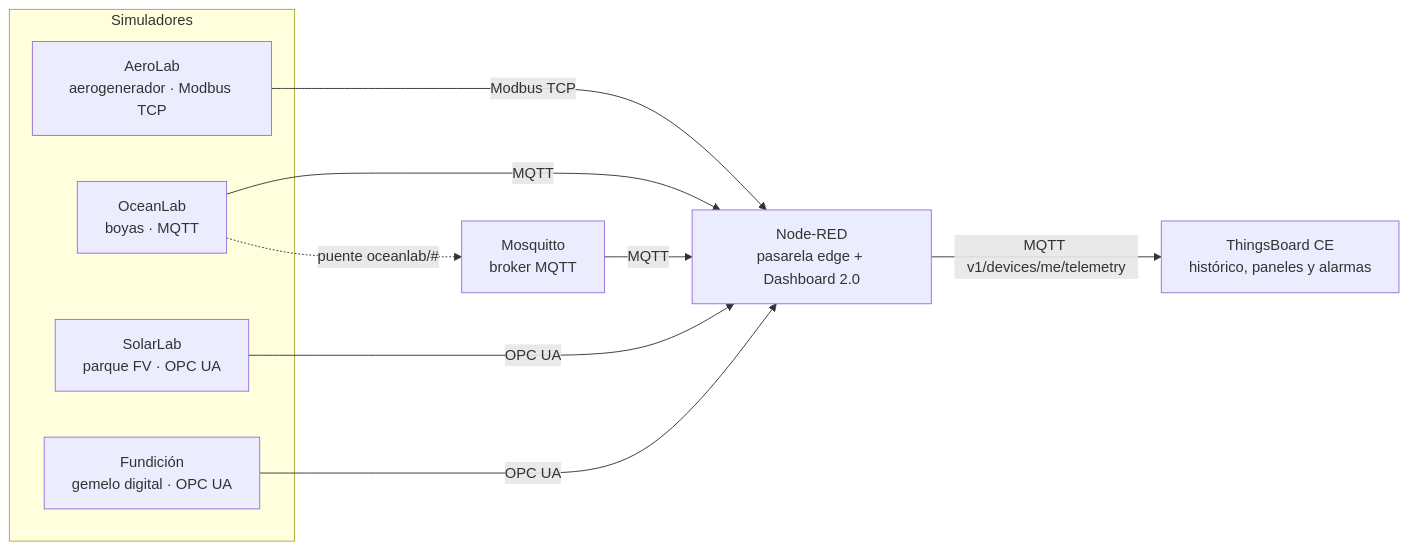
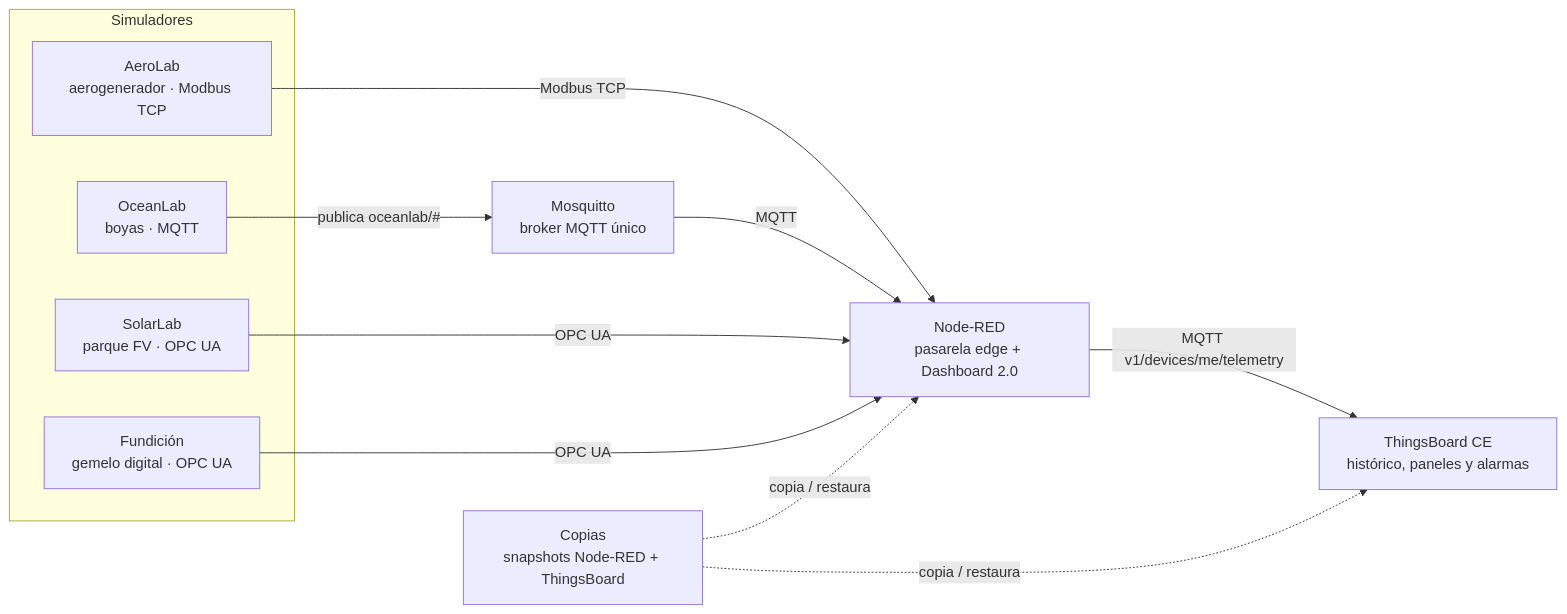
Before and after one commit to gbellido-dev/LabMonitorizacion: the diagram in README.md, drawn with Mermaid. The commit also changed other lines of this file and 25 other files, not shown here.

First line of the commit message:
Broker MQTT único, ThingsBoard sin pasos manuales y web de copias de seguridad

````diff
--- a/README.md
+++ b/README.md
@@ -5,19 +5,21 @@
 ```mermaid
 flowchart LR
     subgraph Simuladores
         A["AeroLab<br/>aerogenerador · Modbus TCP"]
         O["OceanLab<br/>boyas · MQTT"]
         S["SolarLab<br/>parque FV · OPC UA"]
         F["Fundición<br/>gemelo digital · OPC UA"]
     end
     N["Node-RED<br/>pasarela edge + Dashboard 2.0"]
-    M["Mosquitto<br/>broker MQTT"]
+    M["Mosquitto<br/>broker MQTT único"]
     T["ThingsBoard CE<br/>histórico, paneles y alarmas"]
+    C["Copias<br/>snapshots Node-RED + ThingsBoard"]
     A -- "Modbus TCP" --> N
-    O -- "MQTT" --> N
-    O -. "puente oceanlab/#" .-> M
+    O -- "publica oceanlab/#" --> M
     M -- "MQTT" --> N
     S -- "OPC UA" --> N
     F -- "OPC UA" --> N
     N -- "MQTT v1/devices/me/telemetry" --> T
+    C -. "copia / restaura" .-> N
+    C -. "copia / restaura" .-> T
 ```
````
